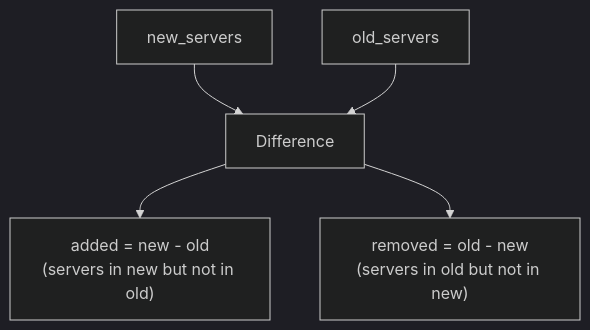
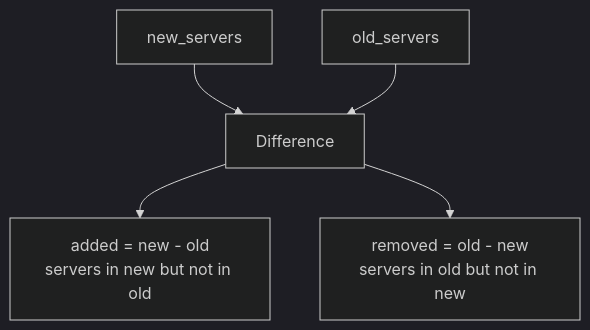
Before and after one commit to Lighty-Launcher/LightyUpdater: the second of 10 diagrams in crates/watcher/docs/change-detection.md, drawn with Mermaid (dark theme). The commit also changed 4 other files, not shown here.

Commit message:
patch mermaid

````diff
--- a/crates/watcher/docs/change-detection.md
+++ b/crates/watcher/docs/change-detection.md
@@ -27,8 +27,8 @@
 ```mermaid
 graph TD
     SetNew[new_servers] --> Diff1[Difference]
     SetOld[old_servers] --> Diff1
 
-    Diff1 --> Added["added = new - old<br/>(servers in new but not in old)"]
-    Diff1 --> Removed["removed = old - new<br/>(servers in old but not in new)"]
+    Diff1 --> Added[added = new - old<br/>servers in new but not in old]
+    Diff1 --> Removed[removed = old - new<br/>servers in old but not in new]
 ```
````
